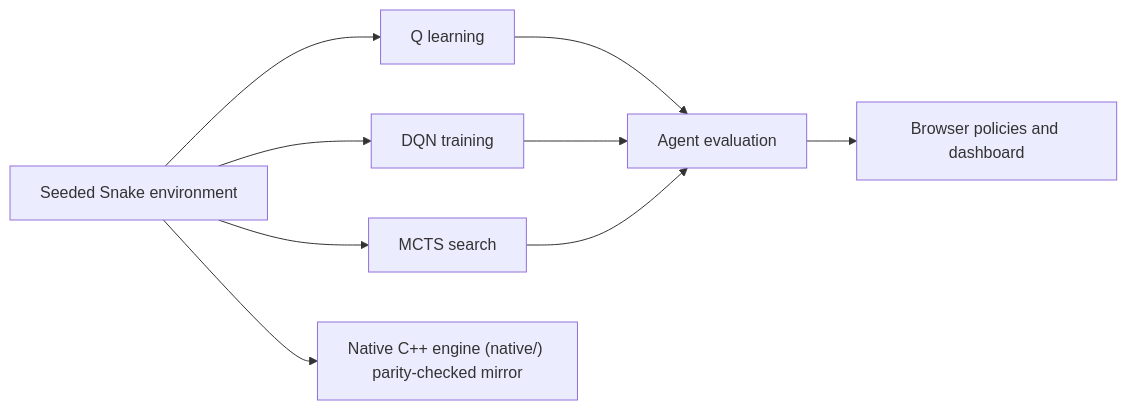
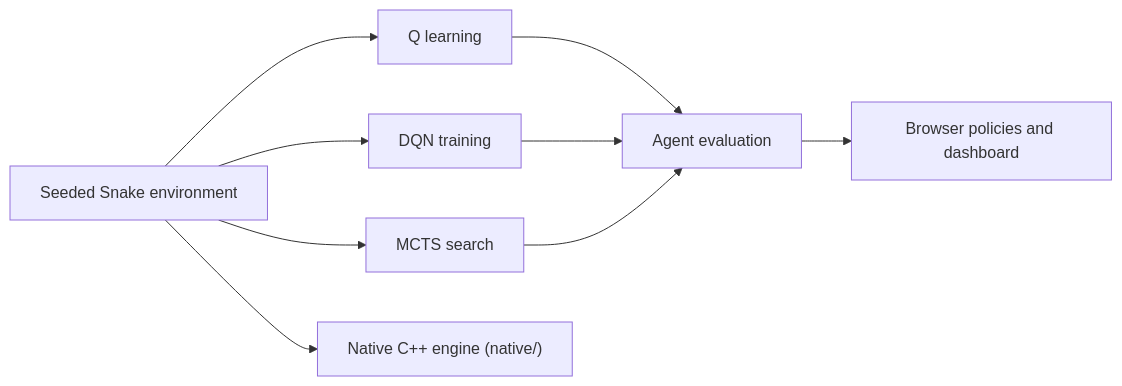
One commit to FaiyazEnayet/deeparcade changed the diagram in README.md. Above: the diagram before and after it, drawn with Mermaid. The commit also changed other lines of this file and 1 other file, not shown here.

````diff
--- a/README.md
+++ b/README.md
@@ -68,11 +79,11 @@
 ```mermaid
 flowchart LR
   N0["Seeded Snake environment"] --> N1["Q learning"]
   N0["Seeded Snake environment"] --> N2["DQN training"]
   N0["Seeded Snake environment"] --> N3["MCTS search"]
   N1["Q learning"] --> N4["Agent evaluation"]
   N2["DQN training"] --> N4["Agent evaluation"]
   N3["MCTS search"] --> N4["Agent evaluation"]
   N4["Agent evaluation"] --> N5["Browser policies and dashboard"]
-  N0["Seeded Snake environment"] --> N6["Native C++ engine (native/) parity-checked mirror"]
+  N0["Seeded Snake environment"] --> N6["Native C++ engine (native/)"]
 ```
````
